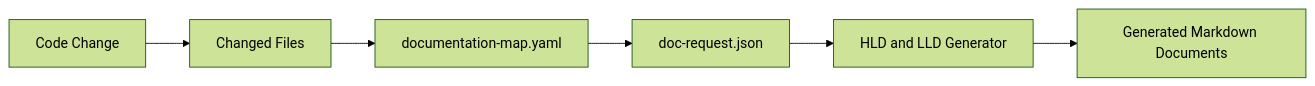
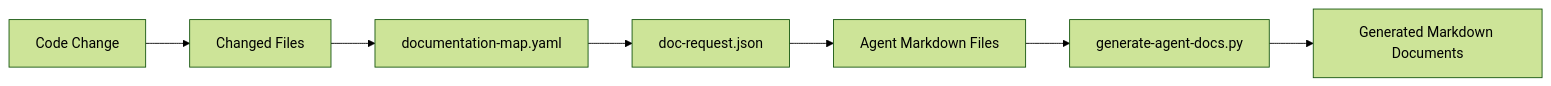
Before and after one commit to jijeeshlab/doc-as-code: the second of 2 diagrams in docs/02-Architecture-and-Designs/01-High-Level-Designs/greenfield-network-hld.md, drawn with Mermaid (forest theme). The commit also changed other lines of this file and 1 other file, not shown here.

Commit message:
Generate documentation using agents

````diff
--- a/docs/02-Architecture-and-Designs/01-High-Level-Designs/greenfield-network-hld.md
+++ b/docs/02-Architecture-and-Designs/01-High-Level-Designs/greenfield-network-hld.md
@@ -88,8 +170,9 @@
 ```mermaid
 graph LR
     CodeChange[Code Change] --> ChangedFiles[Changed Files]
     ChangedFiles --> Mapping[documentation-map.yaml]
     Mapping --> Request[doc-request.json]
-    Request --> Generator[HLD and LLD Generator]
+    Request --> Agents[Agent Markdown Files]
+    Agents --> Generator[generate-agent-docs.py]
     Generator --> Docs[Generated Markdown Documents]
 ```
````
